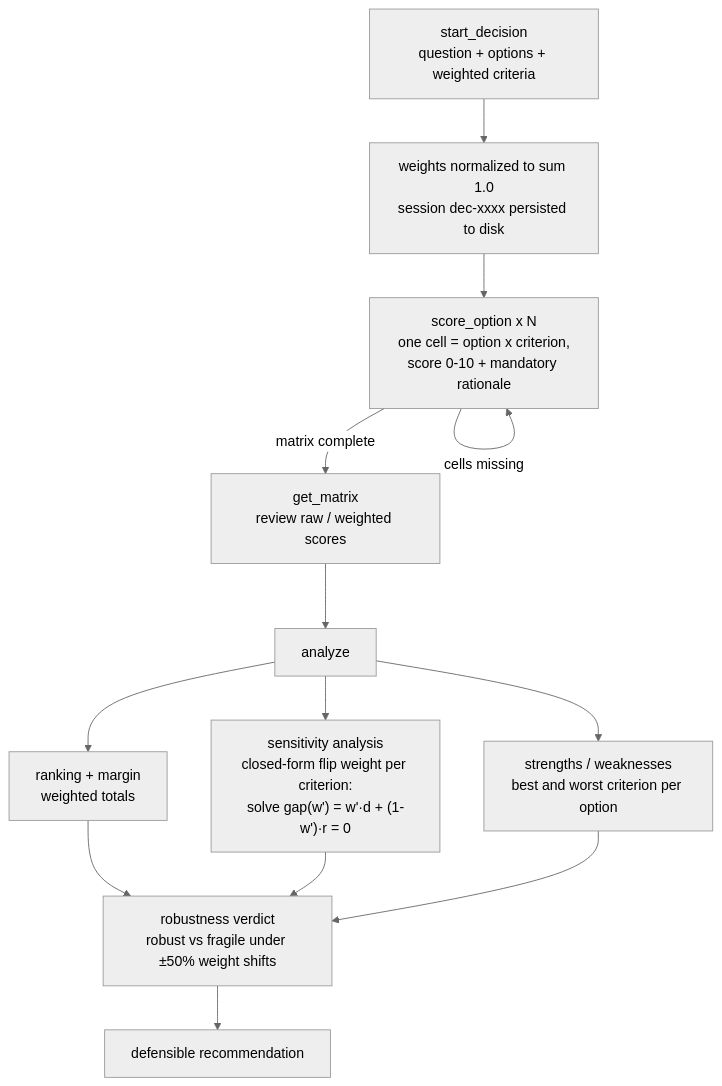
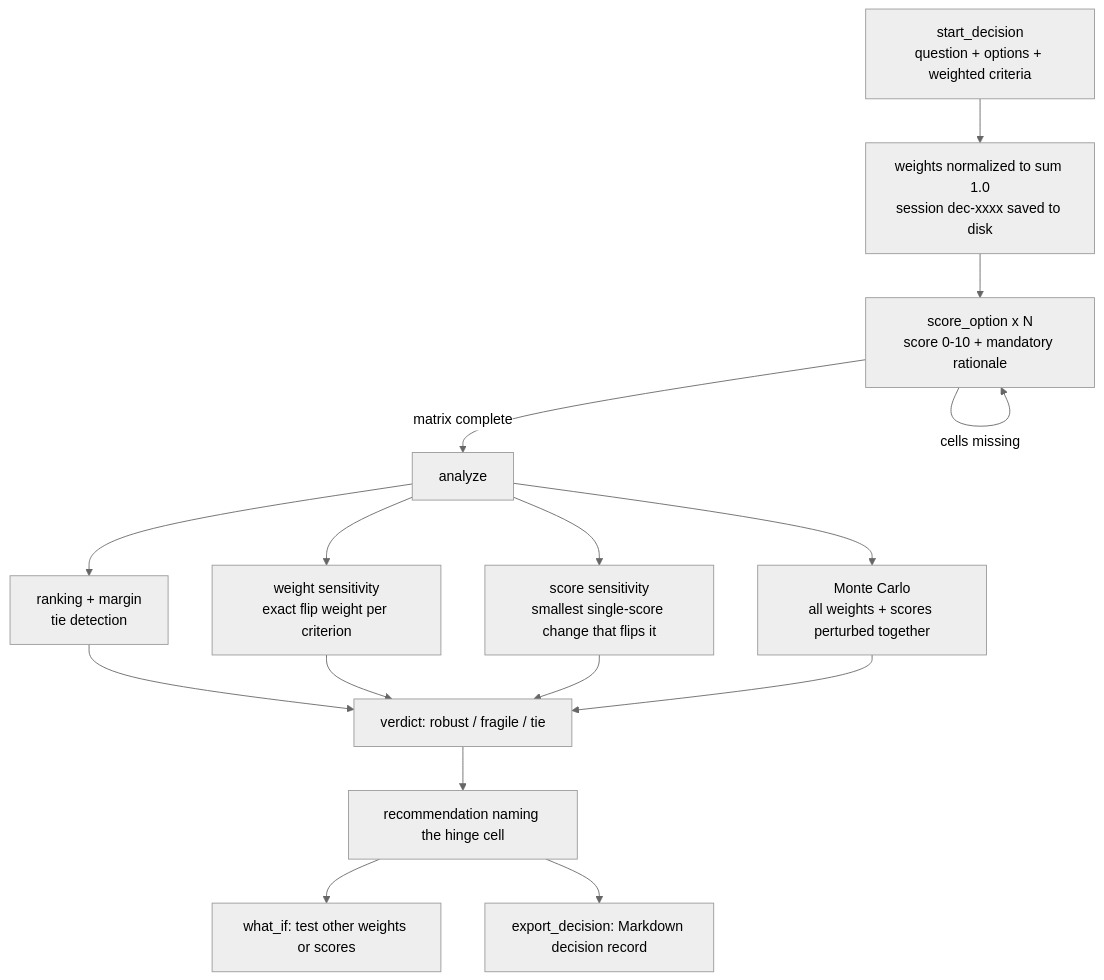
Before and after one commit to AleBrito124356/mcp-decision-lab: the diagram in README.md, drawn with Mermaid (neutral theme). The commit also changed other lines of this file and 2 other files, not shown here.

First line of the commit message:
docs: describe what the code actually does and pin the README example with a test

````diff
--- a/README.md
+++ b/README.md
@@ -30,15 +59,18 @@
 ```mermaid
 flowchart TD
-    A[start_decision<br/>question + options + weighted criteria] --> B[weights normalized to sum 1.0<br/>session dec-xxxx persisted to disk]
-    B --> C[score_option x N<br/>one cell = option x criterion,<br/>score 0-10 + mandatory rationale]
+    A[start_decision<br/>question + options + weighted criteria] --> B[weights normalized to sum 1.0<br/>session dec-xxxx saved to disk]
+    B --> C[score_option x N<br/>score 0-10 + mandatory rationale]
     C -->|cells missing| C
-    C -->|matrix complete| D[get_matrix<br/>review raw / weighted scores]
-    D --> E[analyze]
-    E --> F[ranking + margin<br/>weighted totals]
-    E --> G["sensitivity analysis<br/>closed-form flip weight per criterion:<br/>solve gap(w') = w'·d + (1-w')·r = 0"]
-    E --> H[strengths / weaknesses<br/>best and worst criterion per option]
-    F --> I[robustness verdict<br/>robust vs fragile under ±50% weight shifts]
+    C -->|matrix complete| E[analyze]
+    E --> F[ranking + margin<br/>tie detection]
+    E --> G["weight sensitivity<br/>exact flip weight per criterion"]
+    E --> H["score sensitivity<br/>smallest single-score change that flips it"]
+    E --> M["Monte Carlo<br/>all weights + scores perturbed together"]
+    F --> I[verdict: robust / fragile / tie]
     G --> I
     H --> I
-    I --> J[defensible recommendation]
+    M --> I
+    I --> J[recommendation naming the hinge cell]
+    J --> K[what_if: test other weights or scores]
+    J --> L[export_decision: Markdown decision record]
 ```
````
